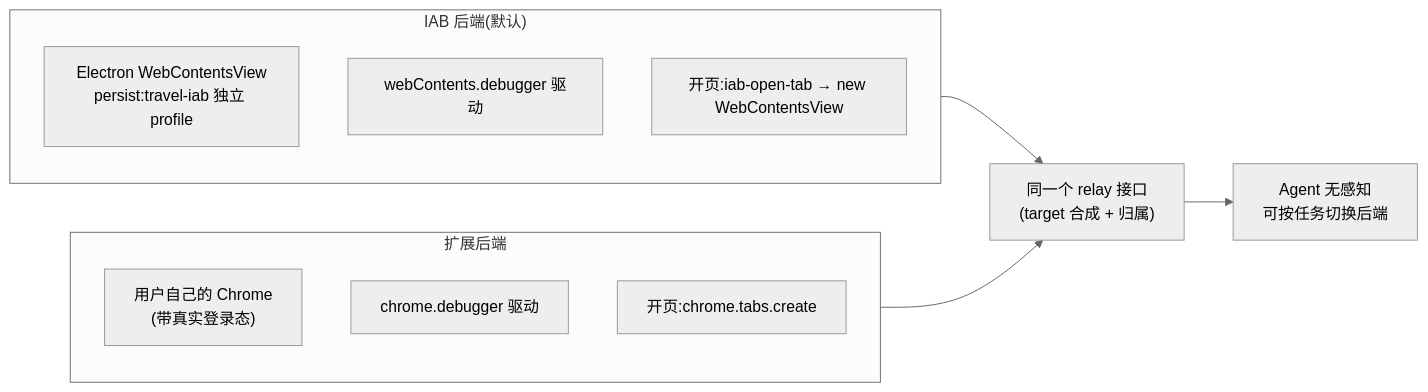
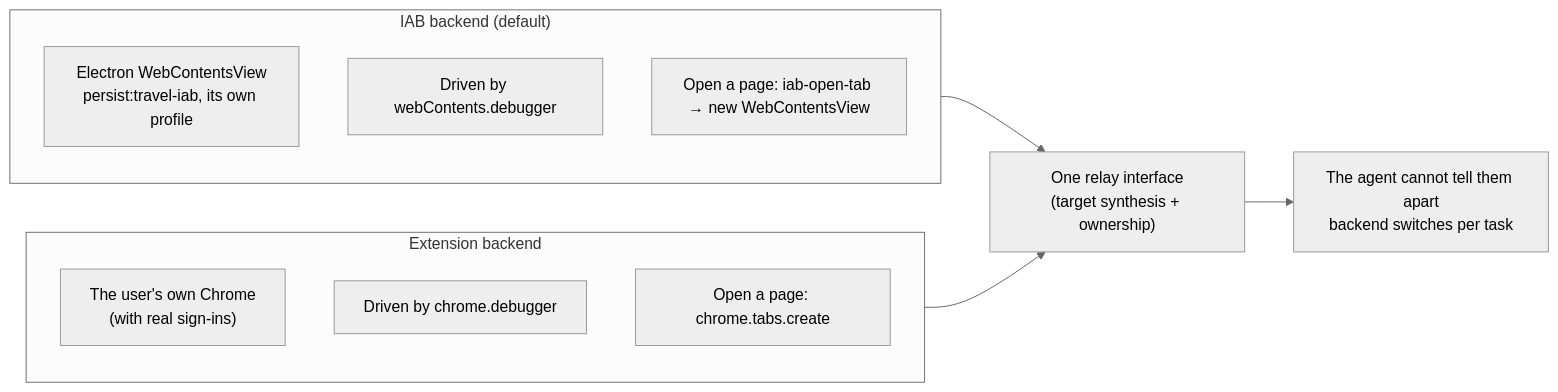
The fourth of 5 diagrams in docs/architecture/iab-in-app-browser.md (Prism-Shadow/travel-agent), drawn with Mermaid (neutral theme) before and after one commit. The commit also changed other lines of this file and 7 other files, not shown here.

Commit message:
docs: translate the architecture and verification docs to English, and state the rule in AGENTS.md

````diff
--- a/docs/architecture/iab-in-app-browser.md
+++ b/docs/architecture/iab-in-app-browser.md
@@ -122,21 +127,21 @@
 ```mermaid
 flowchart LR
-    subgraph iab["IAB 后端(默认)"]
+    subgraph iab["IAB backend (default)"]
         direction TB
-        I1["Electron WebContentsView<br/>persist:travel-iab 独立 profile"]
-        I2["webContents.debugger 驱动"]
-        I3["开页:iab-open-tab → new WebContentsView"]
+        I1["Electron WebContentsView<br/>persist:travel-iab, its own profile"]
+        I2["Driven by webContents.debugger"]
+        I3["Open a page: iab-open-tab → new WebContentsView"]
     end
 
-    subgraph ext["扩展后端"]
+    subgraph ext["Extension backend"]
         direction TB
-        E1["用户自己的 Chrome<br/>(带真实登录态)"]
-        E2["chrome.debugger 驱动"]
-        E3["开页:chrome.tabs.create"]
+        E1["The user's own Chrome<br/>(with real sign-ins)"]
+        E2["Driven by chrome.debugger"]
+        E3["Open a page: chrome.tabs.create"]
     end
 
-    RELAY["同一个 relay 接口<br/>(target 合成 + 归属)"]
+    RELAY["One relay interface<br/>(target synthesis + ownership)"]
     iab --> RELAY
     ext --> RELAY
-    RELAY --> AGENT["Agent 无感知<br/>可按任务切换后端"]
+    RELAY --> AGENT["The agent cannot tell them apart<br/>backend switches per task"]
 ```
````
